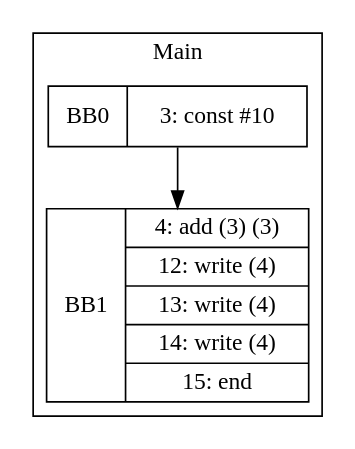
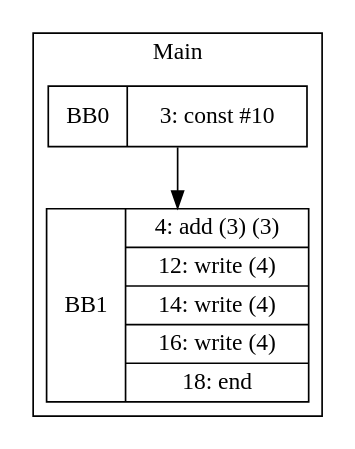
Before and after one commit to zjc664656505/UCI-CS241-Advanced-Compiler-main: the diagram in visualization/jmcgowa/CSE_Tests/CSE2.gv, drawn with Graphviz. The commit also changed 55 other files, not shown here.

```diff
--- a/visualization/jmcgowa/CSE_Tests/CSE2.gv
+++ b/visualization/jmcgowa/CSE_Tests/CSE2.gv
@@ -1,9 +1,9 @@
 digraph G {
 node [shape=record];
 subgraph cluster_main{
 label = "Main";
 BB0 [shape=record, label="<b>BB0|{3: const #10}"];
-BB1 [shape=record, label="<b>BB1|{4: add (3) (3)|12: write (4)|13: write (4)|14: write (4)|15: end}"];
+BB1 [shape=record, label="<b>BB1|{4: add (3) (3)|12: write (4)|14: write (4)|16: write (4)|18: end}"];
 }
 BB0:s -> BB1:n ;
 }
```
